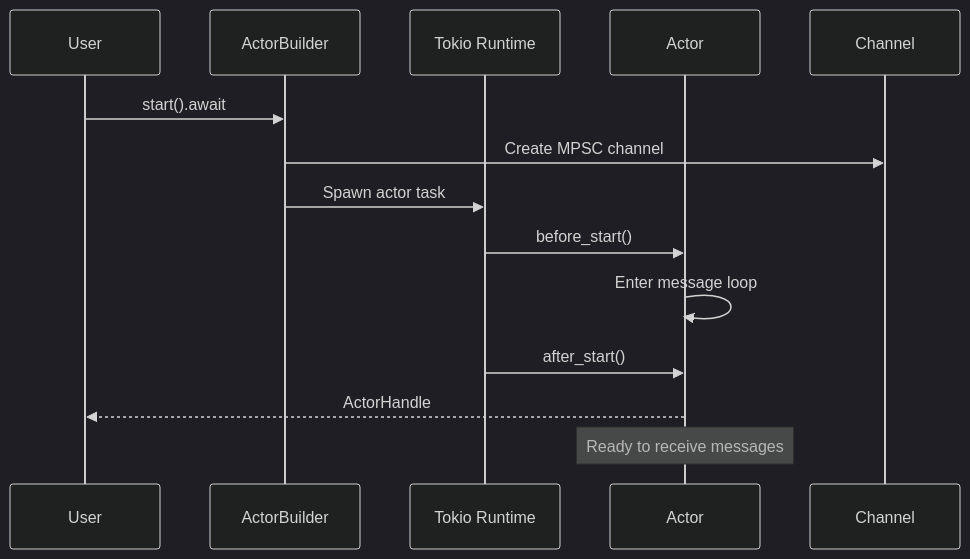
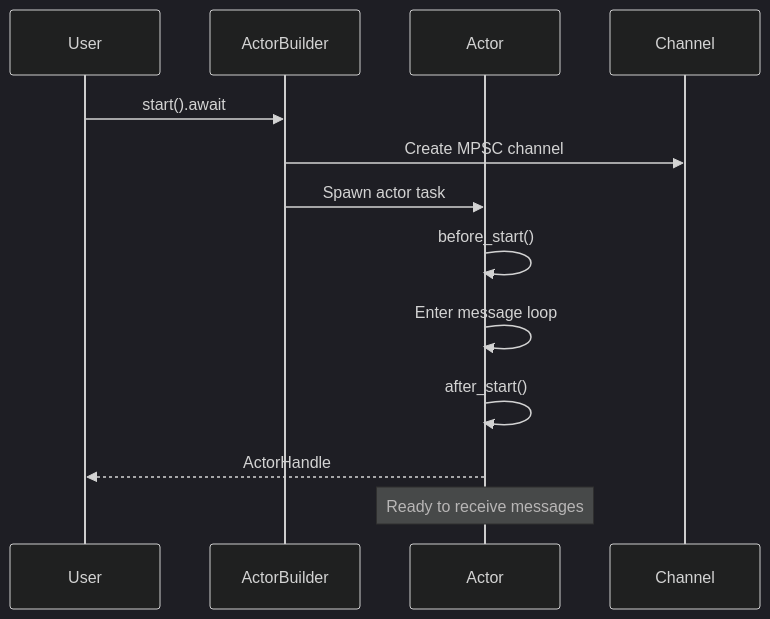
The third of 4 diagrams in acton-docs-site/src/app/docs/actor-lifecycle/page.md (Govcraft/acton-reactive), drawn with Mermaid (dark theme) before and after one commit. The commit also changed other lines of this file and 1 other file, not shown here.

First line of the commit message:
docs: fix mermaid diagrams in actor-lifecycle page

````diff
--- a/acton-docs-site/src/app/docs/actor-lifecycle/page.md
+++ b/acton-docs-site/src/app/docs/actor-lifecycle/page.md
@@ -220,16 +224,15 @@
 ```mermaid
 sequenceDiagram
     participant U as User
     participant B as ActorBuilder
-    participant R as Tokio Runtime
     participant A as Actor
     participant C as Channel
     U->>B: start().await
     B->>C: Create MPSC channel
-    B->>R: Spawn actor task
-    R->>A: before_start()
+    B->>A: Spawn actor task
+    A->>A: before_start()
     A->>A: Enter message loop
-    R->>A: after_start()
+    A->>A: after_start()
     A-->>U: ActorHandle
     Note over A: Ready to receive messages
 ```
````
